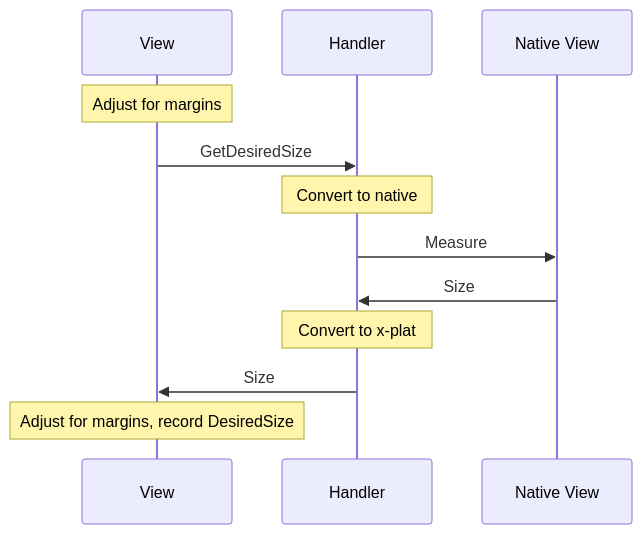
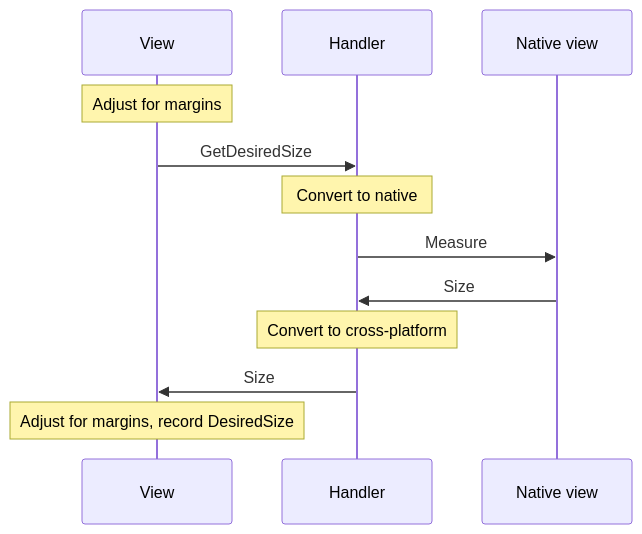
The second of 2 diagrams in docs/user-interface/layouts/custom-layout.md (dotnet/docs-maui), drawn with Mermaid before and after one commit. The commit also changed other lines of this file, not shown here.

````diff
--- a/docs/user-interface/layouts/custom-layout.md
+++ b/docs/user-interface/layouts/custom-layout.md
@@ -65,14 +65,14 @@
 ```mermaid
 sequenceDiagram
 	participant V as View
 	participant H as Handler
-	participant NV as Native View
+	participant NV as Native view
 	Note over V: Adjust for margins
 	V->>H: GetDesiredSize
 	Note over H: Convert to native
 	H->>NV: Measure
 	NV->>H: Size
-	Note over H: Convert to x-plat
+	Note over H: Convert to cross-platform
 	H->>V: Size
 	Note over V: Adjust for margins, record DesiredSize
 ```
````
